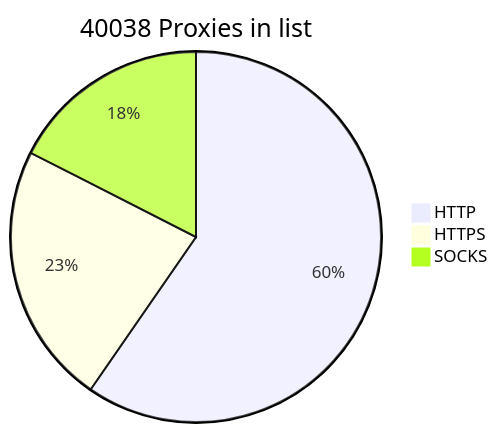
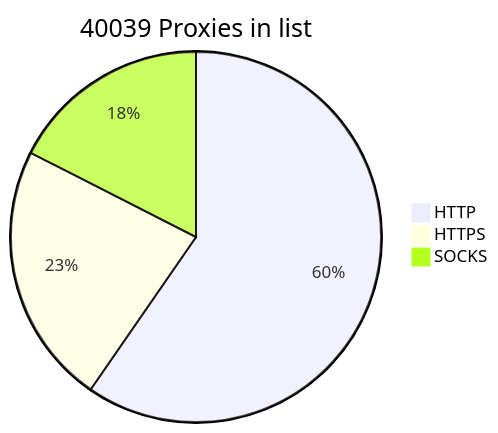
Before and after one commit to BlackSnowDot/proxylist-update-every-minute: the diagram in README.md, drawn with Mermaid.

````diff
--- a/README.md
+++ b/README.md
@@ -2,6 +2,6 @@
 ```mermaid
-pie title 40038 Proxies in list
-    "HTTP" : 28156
-    "HTTPS": 10800
+pie title 40039 Proxies in list
+    "HTTP" : 28157
+    "HTTPS": 10802
     "SOCKS" : 8267
 ```
````
